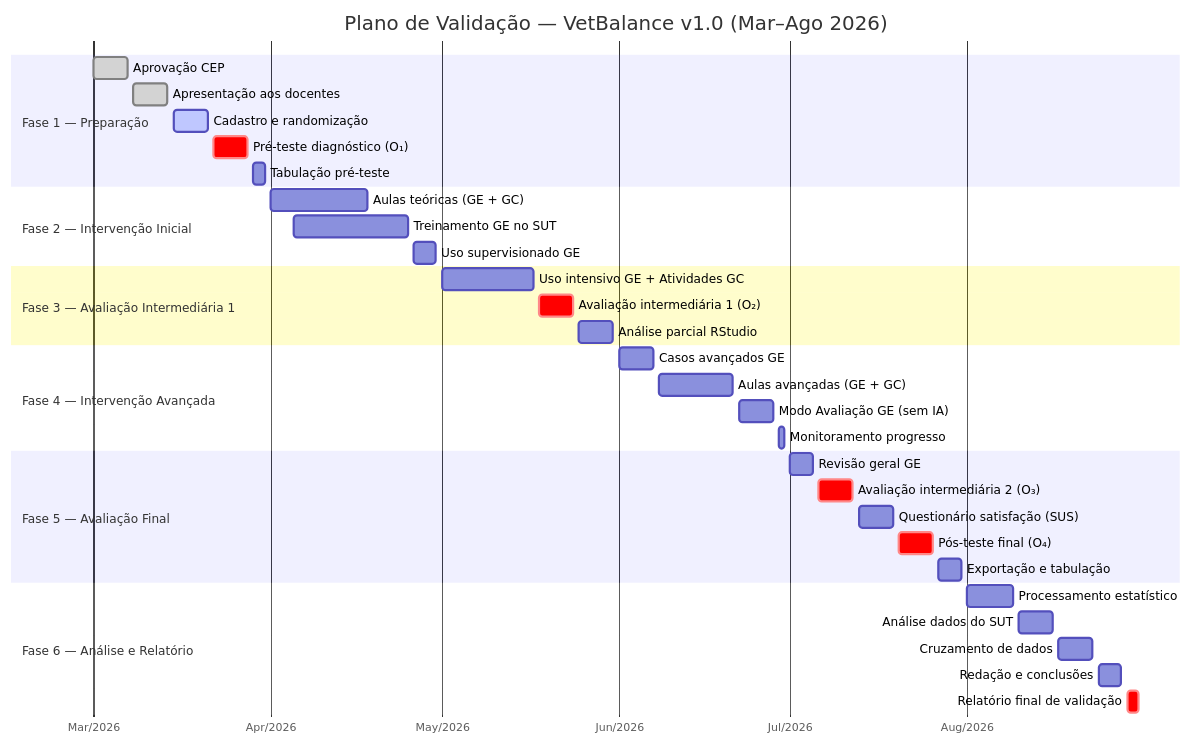
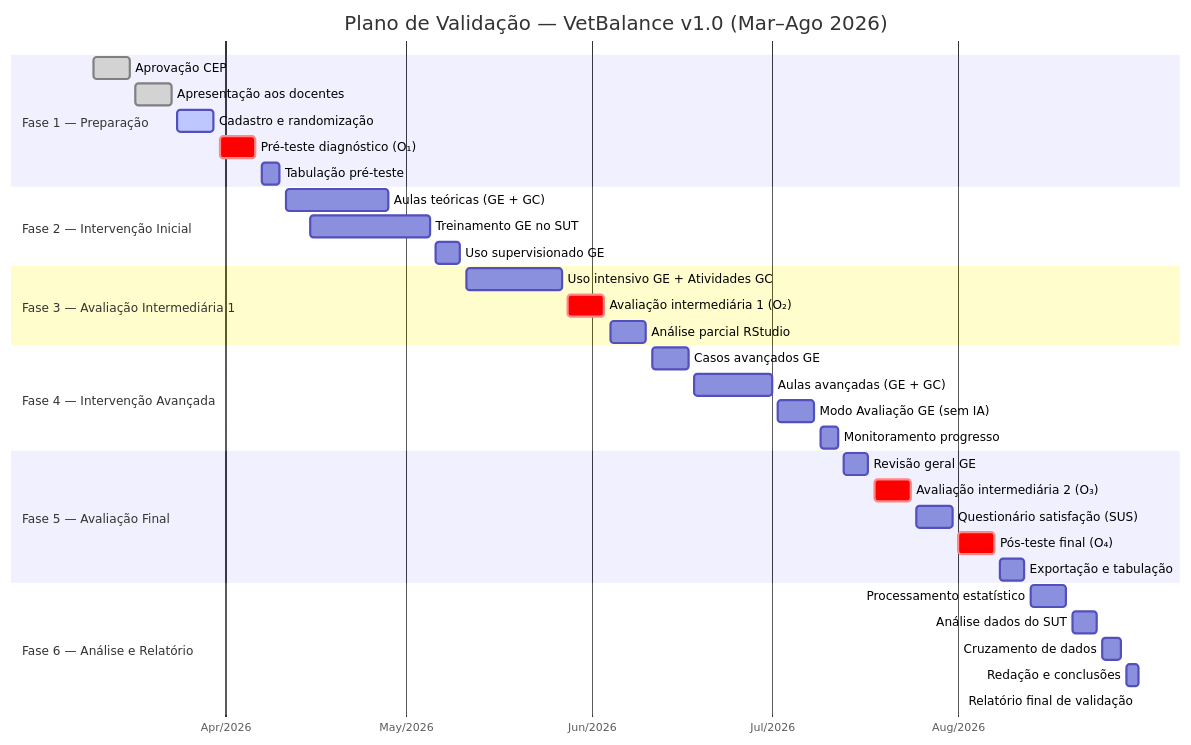
Before and after one commit to KyoFaBraL/vet-sim-buddy: the diagram in CRONOGRAMA_VALIDACAO.md, drawn with Mermaid. The commit also changed other lines of this file, not shown here.

````diff
--- a/CRONOGRAMA_VALIDACAO.md
+++ b/CRONOGRAMA_VALIDACAO.md
@@ -271,43 +271,43 @@
 ```mermaid
 gantt
     title Plano de Validação — VetBalance v1.0 (Mar–Ago 2026)
     dateFormat  YYYY-MM-DD
     axisFormat  %b/%Y
 
     section Fase 1 — Preparação
-    Aprovação CEP                     :done, f1a, 2026-03-01, 2026-03-07
-    Apresentação aos docentes         :done, f1b, 2026-03-08, 2026-03-14
-    Cadastro e randomização           :active, f1c, 2026-03-15, 2026-03-21
-    Pré-teste diagnóstico (O₁)       :crit, f1d, 2026-03-22, 2026-03-28
-    Tabulação pré-teste               :f1e, 2026-03-29, 2026-03-31
+    Aprovação CEP                     :done, f1a, 2026-03-10, 2026-03-16
+    Apresentação aos docentes         :done, f1b, 2026-03-17, 2026-03-23
+    Cadastro e randomização           :active, f1c, 2026-03-24, 2026-03-30
+    Pré-teste diagnóstico (O₁)       :crit, f1d, 2026-03-31, 2026-04-06
+    Tabulação pré-teste               :f1e, 2026-04-07, 2026-04-10
 
     section Fase 2 — Intervenção Inicial
-    Aulas teóricas (GE + GC)          :f2a, 2026-04-01, 2026-04-18
-    Treinamento GE no SUT             :f2b, 2026-04-05, 2026-04-25
-    Uso supervisionado GE             :f2c, 2026-04-26, 2026-04-30
+    Aulas teóricas (GE + GC)          :f2a, 2026-04-11, 2026-04-28
+    Treinamento GE no SUT             :f2b, 2026-04-15, 2026-05-05
+    Uso supervisionado GE             :f2c, 2026-05-06, 2026-05-10
 
     section Fase 3 — Avaliação Intermediária 1
-    Uso intensivo GE + Atividades GC  :f3a, 2026-05-01, 2026-05-17
-    Avaliação intermediária 1 (O₂)   :crit, f3b, 2026-05-18, 2026-05-24
-    Análise parcial RStudio           :f3c, 2026-05-25, 2026-05-31
+    Uso intensivo GE + Atividades GC  :f3a, 2026-05-11, 2026-05-27
+    Avaliação intermediária 1 (O₂)   :crit, f3b, 2026-05-28, 2026-06-03
+    Análise parcial RStudio           :f3c, 2026-06-04, 2026-06-10
 
     section Fase 4 — Intervenção Avançada
-    Casos avançados GE                :f4a, 2026-06-01, 2026-06-07
-    Aulas avançadas (GE + GC)         :f4b, 2026-06-08, 2026-06-21
-    Modo Avaliação GE (sem IA)        :f4c, 2026-06-22, 2026-06-28
-    Monitoramento progresso           :f4d, 2026-06-29, 2026-06-30
+    Casos avançados GE                :f4a, 2026-06-11, 2026-06-17
+    Aulas avançadas (GE + GC)         :f4b, 2026-06-18, 2026-07-01
+    Modo Avaliação GE (sem IA)        :f4c, 2026-07-02, 2026-07-08
+    Monitoramento progresso           :f4d, 2026-07-09, 2026-07-12
 
     section Fase 5 — Avaliação Final
-    Revisão geral GE                  :f5a, 2026-07-01, 2026-07-05
-    Avaliação intermediária 2 (O₃)   :crit, f5b, 2026-07-06, 2026-07-12
-    Questionário satisfação (SUS)     :f5c, 2026-07-13, 2026-07-19
-    Pós-teste final (O₄)             :crit, f5d, 2026-07-20, 2026-07-26
-    Exportação e tabulação            :f5e, 2026-07-27, 2026-07-31
+    Revisão geral GE                  :f5a, 2026-07-13, 2026-07-17
+    Avaliação intermediária 2 (O₃)   :crit, f5b, 2026-07-18, 2026-07-24
+    Questionário satisfação (SUS)     :f5c, 2026-07-25, 2026-07-31
+    Pós-teste final (O₄)             :crit, f5d, 2026-08-01, 2026-08-07
+    Exportação e tabulação            :f5e, 2026-08-08, 2026-08-12
 
     section Fase 6 — Análise e Relatório
-    Processamento estatístico         :f6a, 2026-08-01, 2026-08-09
-    Análise dados do SUT              :f6b, 2026-08-10, 2026-08-16
-    Cruzamento de dados               :f6c, 2026-08-17, 2026-08-23
-    Redação e conclusões              :f6d, 2026-08-24, 2026-08-28
-    Relatório final de validação      :crit, f6e, 2026-08-29, 2026-08-31
+    Processamento estatístico         :f6a, 2026-08-13, 2026-08-19
+    Análise dados do SUT              :f6b, 2026-08-20, 2026-08-24
+    Cruzamento de dados               :f6c, 2026-08-25, 2026-08-28
+    Redação e conclusões              :f6d, 2026-08-29, 2026-08-31
+    Relatório final de validação      :crit, f6e, 2026-08-31, 2026-08-31
 ```
````
